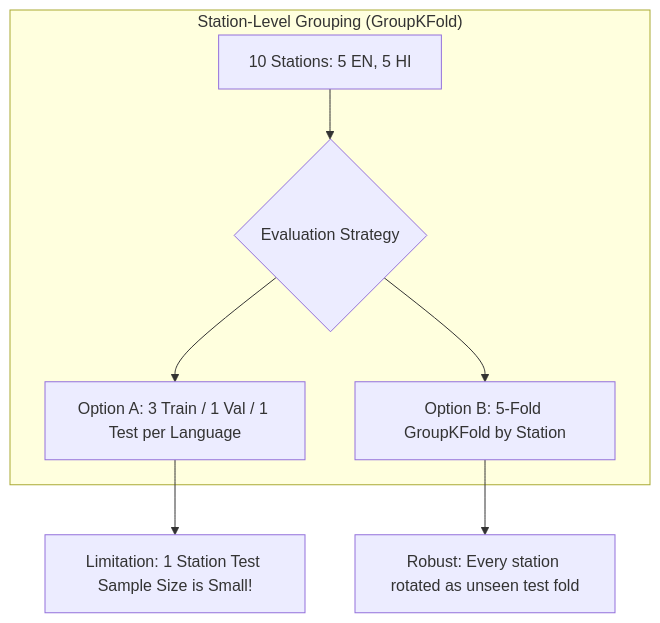
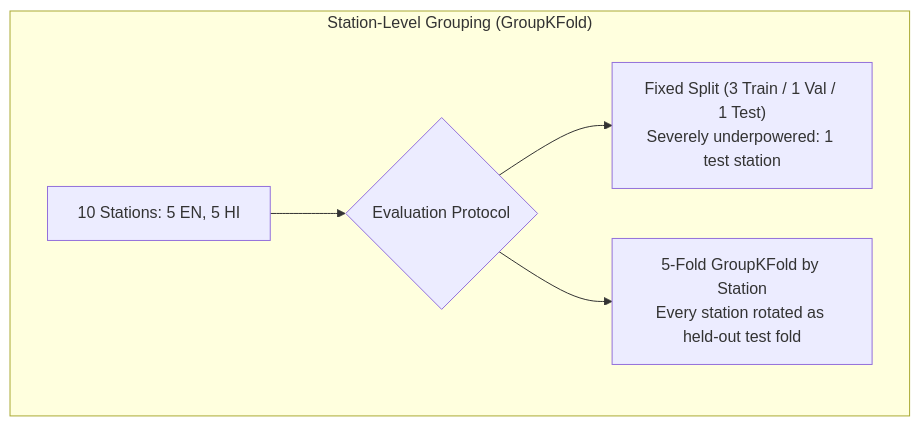
The diagram in DATASET_RESEARCH.md (Immortal-syntax/RadioRadar), drawn with Mermaid before and after one commit. The commit also changed other lines of this file and 5 other files, not shown here.

````diff
--- a/DATASET_RESEARCH.md
+++ b/DATASET_RESEARCH.md
@@ -295,11 +300,8 @@
 ```mermaid
 graph TD
     subgraph "Station-Level Grouping (GroupKFold)"
-        AllStations[10 Stations: 5 EN, 5 HI] --> SplitLogic{Evaluation Strategy}
-        SplitLogic --> OptA[Option A: 3 Train / 1 Val / 1 Test per Language]
-        SplitLogic --> OptB[Option B: 5-Fold GroupKFold by Station]
+        AllStations[10 Stations: 5 EN, 5 HI] --> SplitLogic{Evaluation Protocol}
+        SplitLogic --> FixedSplit["Fixed Split (3 Train / 1 Val / 1 Test)<br/>Severely underpowered: 1 test station"]
+        SplitLogic --> GroupKFold["5-Fold GroupKFold by Station<br/>Every station rotated as held-out test fold"]
     end
-    
-    OptA --> LimitNotice["Limitation: 1 Station Test Sample Size is Small!"]
-    OptB --> RobustEval["Robust: Every station rotated as unseen test fold"]
 ```
````
